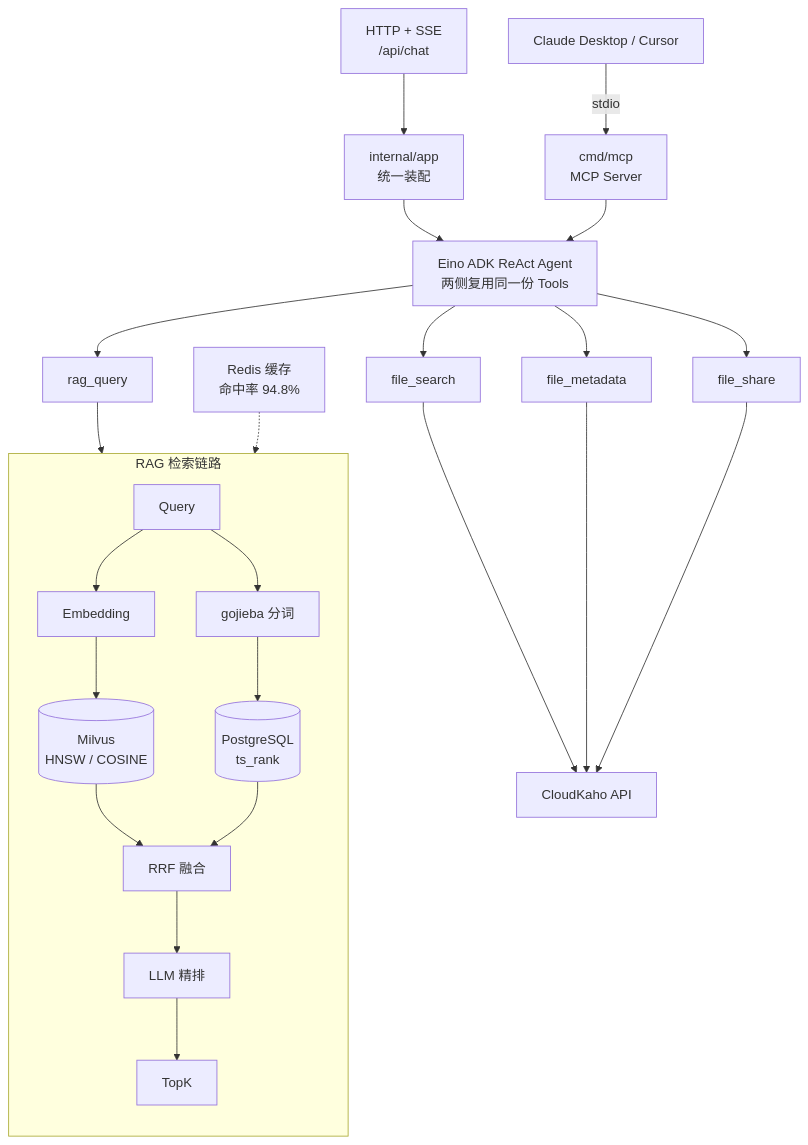
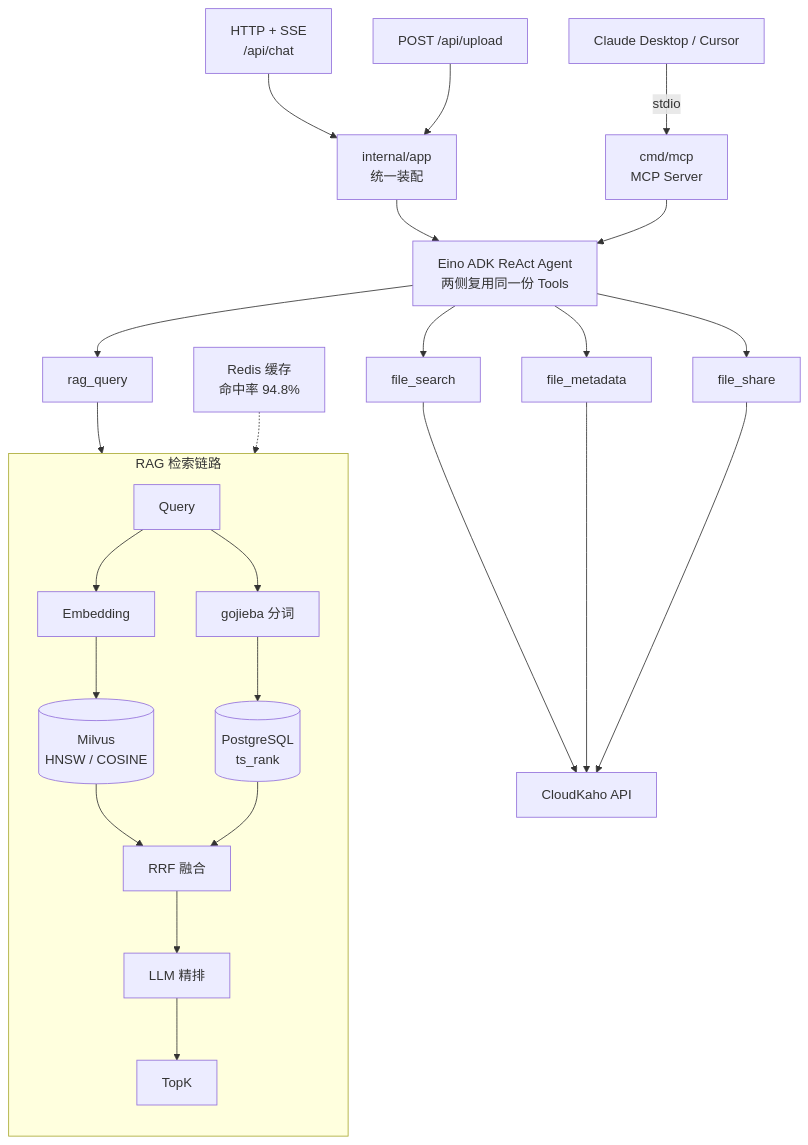
One commit to yurin-kami/KahoAgent changed the first of 2 diagrams in README.md. Above: the diagram before and after it, drawn with Mermaid. The commit also changed other lines of this file and 82 other files, not shown here.

````diff
--- a/README.md
+++ b/README.md
@@ -21,32 +21,33 @@
 ```mermaid
 flowchart TD
     HTTP["HTTP + SSE<br/>/api/chat"] --> APP["internal/app<br/>统一装配"]
+    UP["POST /api/upload"] --> APP
     DESKTOP["Claude Desktop / Cursor"] -->|stdio| MCP["cmd/mcp<br/>MCP Server"]
 
     APP --> AGENT["Eino ADK ReAct Agent<br/>两侧复用同一份 Tools"]
     MCP --> AGENT
 
     AGENT --> T1["rag_query"]
     AGENT --> T2["file_search"]
     AGENT --> T3["file_metadata"]
     AGENT --> T4["file_share"]
 
     T2 --> CK["CloudKaho API"]
     T3 --> CK
     T4 --> CK
 
     T1 --> Q["Query"]
     subgraph RAG["RAG 检索链路"]
         direction TB
         Q --> EMB["Embedding"]
         Q --> JIEBA["gojieba 分词"]
         EMB --> MV[("Milvus<br/>HNSW / COSINE")]
         JIEBA --> PG[("PostgreSQL<br/>ts_rank")]
         MV --> RRF["RRF 融合"]
         PG --> RRF
         RRF --> RR["LLM 精排"]
         RR --> TK["TopK"]
     end
 
     CACHE["Redis 缓存<br/>命中率 94.8%"] -.-> Q
 ```
````
